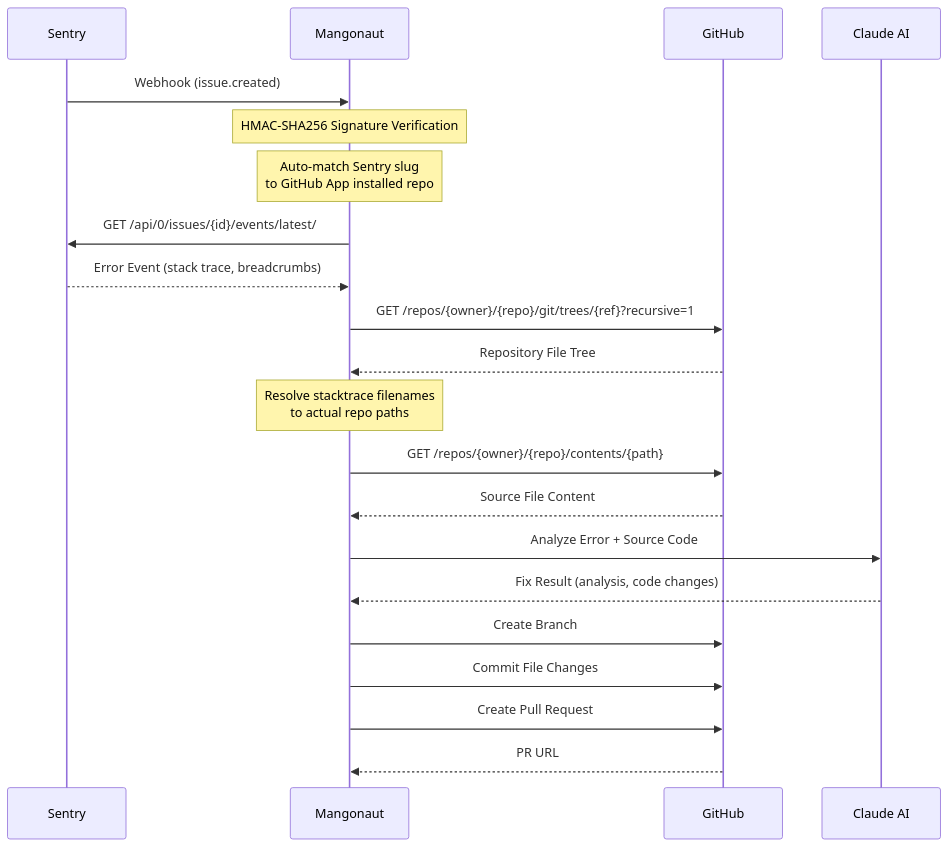
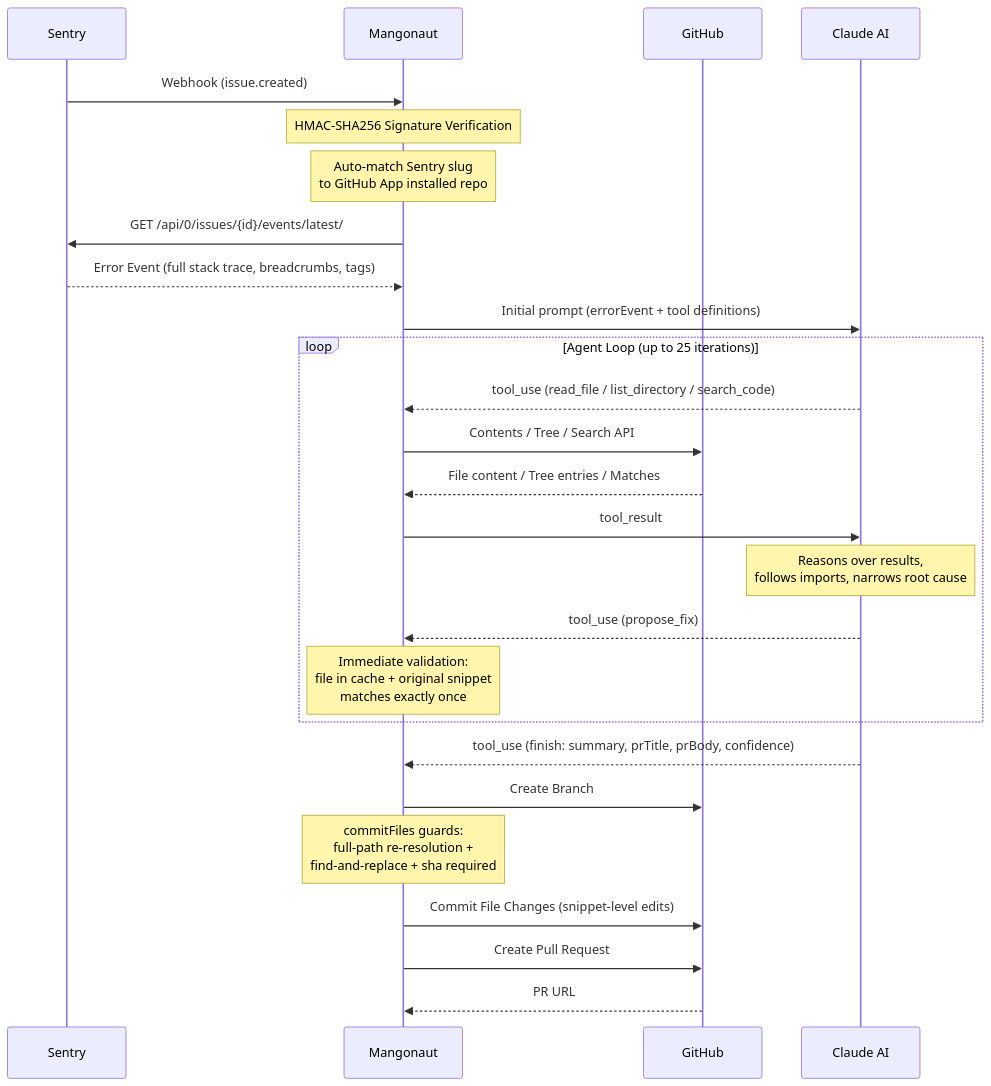
The diagram in README.md (Sujin1135/mangonaut), drawn with Mermaid before and after one commit. The commit also changed other lines of this file and 18 other files, not shown here.

Commit message:
perf(analyze): replace one-shot LLM analyzer with agentic tool-use loop and add multi-layer commit safety guards

````diff
--- a/README.md
+++ b/README.md
@@ -12,28 +14,33 @@
 ```mermaid
 sequenceDiagram
     participant Sentry
     participant Mangonaut
     participant GitHub
     participant Claude as Claude AI
 
     Sentry->>Mangonaut: Webhook (issue.created)
     Note over Mangonaut: HMAC-SHA256 Signature Verification
     Note over Mangonaut: Auto-match Sentry slug<br/>to GitHub App installed repo
     Mangonaut->>Sentry: GET /api/0/issues/{id}/events/latest/
-    Sentry-->>Mangonaut: Error Event (stack trace, breadcrumbs)
+    Sentry-->>Mangonaut: Error Event (full stack trace, breadcrumbs, tags)
 
-    Mangonaut->>GitHub: GET /repos/{owner}/{repo}/git/trees/{ref}?recursive=1
-    GitHub-->>Mangonaut: Repository File Tree
-    Note over Mangonaut: Resolve stacktrace filenames<br/>to actual repo paths
+    Mangonaut->>Claude: Initial prompt (errorEvent + tool definitions)
 
-    Mangonaut->>GitHub: GET /repos/{owner}/{repo}/contents/{path}
-    GitHub-->>Mangonaut: Source File Content
+    loop Agent Loop (up to 25 iterations)
+        Claude-->>Mangonaut: tool_use (read_file / list_directory / search_code)
+        Mangonaut->>GitHub: Contents / Tree / Search API
+        GitHub-->>Mangonaut: File content / Tree entries / Matches
+        Mangonaut->>Claude: tool_result
+        Note over Claude: Reasons over results,<br/>follows imports, narrows root cause
+        Claude-->>Mangonaut: tool_use (propose_fix)
+        Note over Mangonaut: Immediate validation:<br/>file in cache + original snippet<br/>matches exactly once
+    end
 
-    Mangonaut->>Claude: Analyze Error + Source Code
-    Claude-->>Mangonaut: Fix Result (analysis, code changes)
+    Claude-->>Mangonaut: tool_use (finish: summary, prTitle, prBody, confidence)
 
     Mangonaut->>GitHub: Create Branch
-    Mangonaut->>GitHub: Commit File Changes
+    Note over Mangonaut: commitFiles guards:<br/>full-path re-resolution +<br/>find-and-replace + sha required
+    Mangonaut->>GitHub: Commit File Changes (snippet-level edits)
     Mangonaut->>GitHub: Create Pull Request
     GitHub-->>Mangonaut: PR URL
 ```
````
